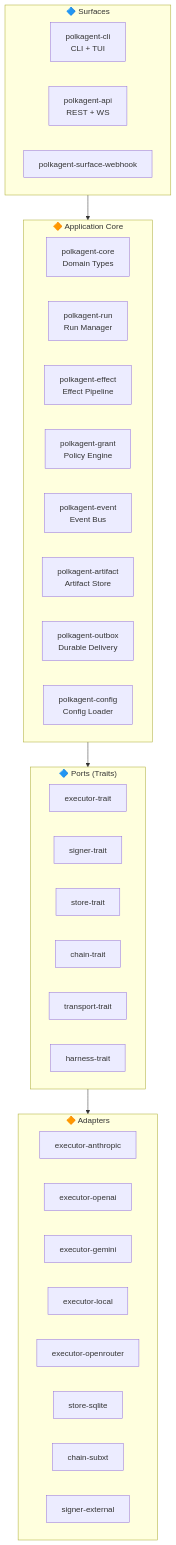
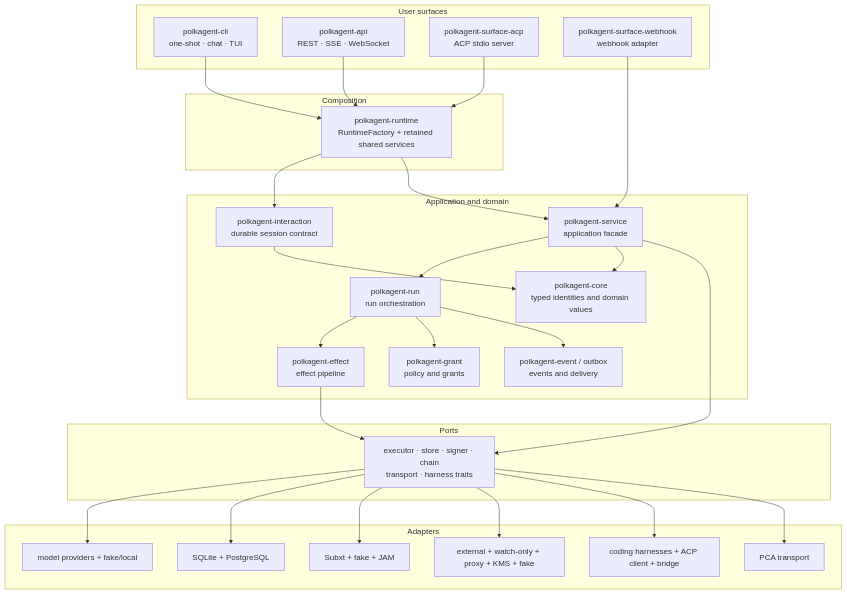
Before and after one commit to wpank/polkagent: the first of 4 diagrams in docs/architecture.md, drawn with Mermaid. The commit also changed other lines of this file and 18 other files, not shown here.

````diff
--- a/docs/architecture.md
+++ b/docs/architecture.md
@@ -18,43 +26,57 @@
 ```mermaid
-graph TB
-    subgraph Surfaces["🔷 Surfaces"]
-        CLI["polkagent-cli<br/>CLI + TUI"]
-        API["polkagent-api<br/>REST + WS"]
-        WH["polkagent-surface-webhook"]
+flowchart TB
+    subgraph Surfaces["User surfaces"]
+        CLI["polkagent-cli<br/>one-shot · chat · TUI"]
+        API["polkagent-api<br/>REST · SSE · WebSocket"]
+        ACP["polkagent-surface-acp<br/>ACP stdio server"]
+        WH["polkagent-surface-webhook<br/>webhook adapter"]
     end
 
-    subgraph Core["🔶 Application Core"]
-        RC["polkagent-core<br/>Domain Types"]
-        RUN["polkagent-run<br/>Run Manager"]
-        EFF["polkagent-effect<br/>Effect Pipeline"]
-        GR["polkagent-grant<br/>Policy Engine"]
-        EVT["polkagent-event<br/>Event Bus"]
-        ART["polkagent-artifact<br/>Artifact Store"]
-        OUT["polkagent-outbox<br/>Durable Delivery"]
-        CFG["polkagent-config<br/>Config Loader"]
+    subgraph Composition["Composition"]
+        RT["polkagent-runtime<br/>RuntimeFactory + retained shared services"]
     end
 
-    subgraph Ports["🔷 Ports (Traits)"]
-        PE["executor-trait"]
-        PS["signer-trait"]
-        PT["store-trait"]
-        PC["chain-trait"]
-        PX["transport-trait"]
-        PH["harness-trait"]
+    subgraph Application["Application and domain"]
+        INT["polkagent-interaction<br/>durable session contract"]
+        SVC["polkagent-service<br/>application facade"]
+        RUN["polkagent-run<br/>run orchestration"]
+        EFF["polkagent-effect<br/>effect pipeline"]
+        GR["polkagent-grant<br/>policy and grants"]
+        EVT["polkagent-event / outbox<br/>events and delivery"]
+        CORE["polkagent-core<br/>typed identities and domain values"]
     end
 
-    subgraph Adapters["🔶 Adapters"]
-        EA["executor-anthropic"]
-        EO["executor-openai"]
-        EG["executor-gemini"]
-        EL["executor-local"]
-        ER["executor-openrouter"]
-        SS["store-sqlite"]
-        CS["chain-subxt"]
-        SE["signer-external"]
+    subgraph Ports["Ports"]
+        P["executor · store · signer · chain<br/>transport · harness traits"]
     end
 
-    Surfaces --> Core
-    Core --> Ports
-    Ports --> Adapters
+    subgraph Adapters["Adapters"]
+        MODELS["model providers + fake/local"]
+        STORES["SQLite + PostgreSQL"]
+        CHAINS["Subxt + fake + JAM"]
+        SIGNERS["external + watch-only + proxy + KMS + fake"]
+        HARNESSES["coding harnesses + ACP client + bridge"]
+        PCA["PCA transport"]
+    end
+
+    CLI --> RT
+    API --> RT
+    ACP --> RT
+    WH --> SVC
+    RT --> INT
+    RT --> SVC
+    SVC --> RUN
+    RUN --> EFF
+    RUN --> GR
+    RUN --> EVT
+    INT --> CORE
+    SVC --> CORE
+    EFF --> P
+    SVC --> P
+    P --> MODELS
+    P --> STORES
+    P --> CHAINS
+    P --> SIGNERS
+    P --> HARNESSES
+    P --> PCA
 ```
````
